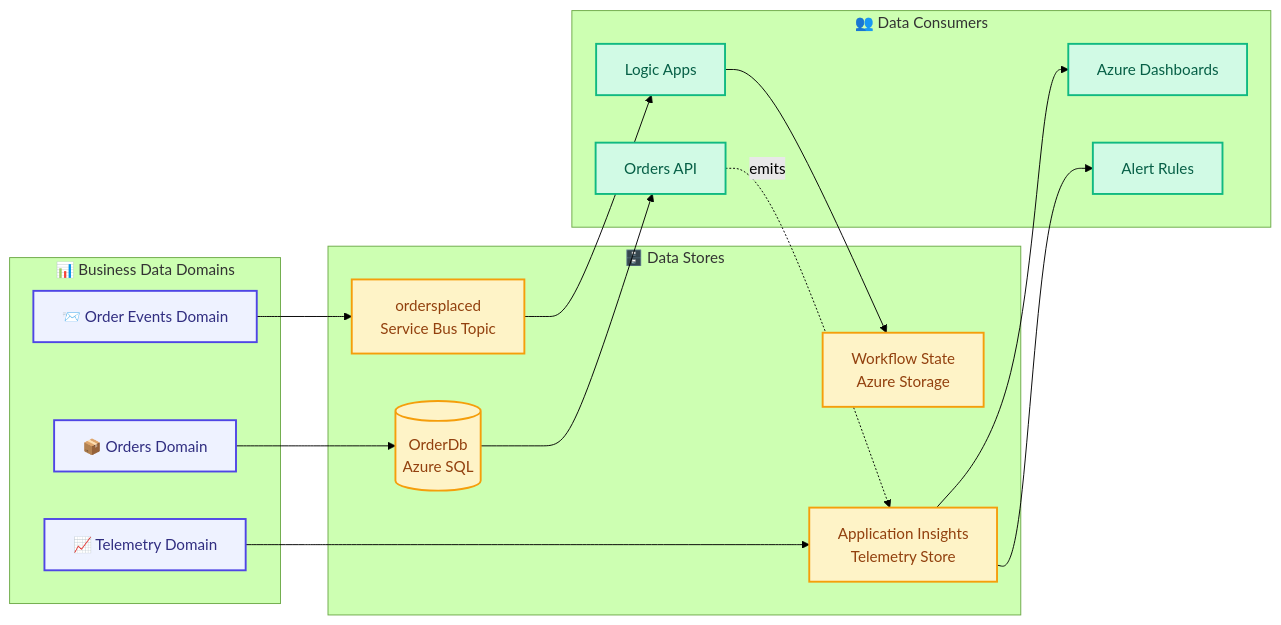
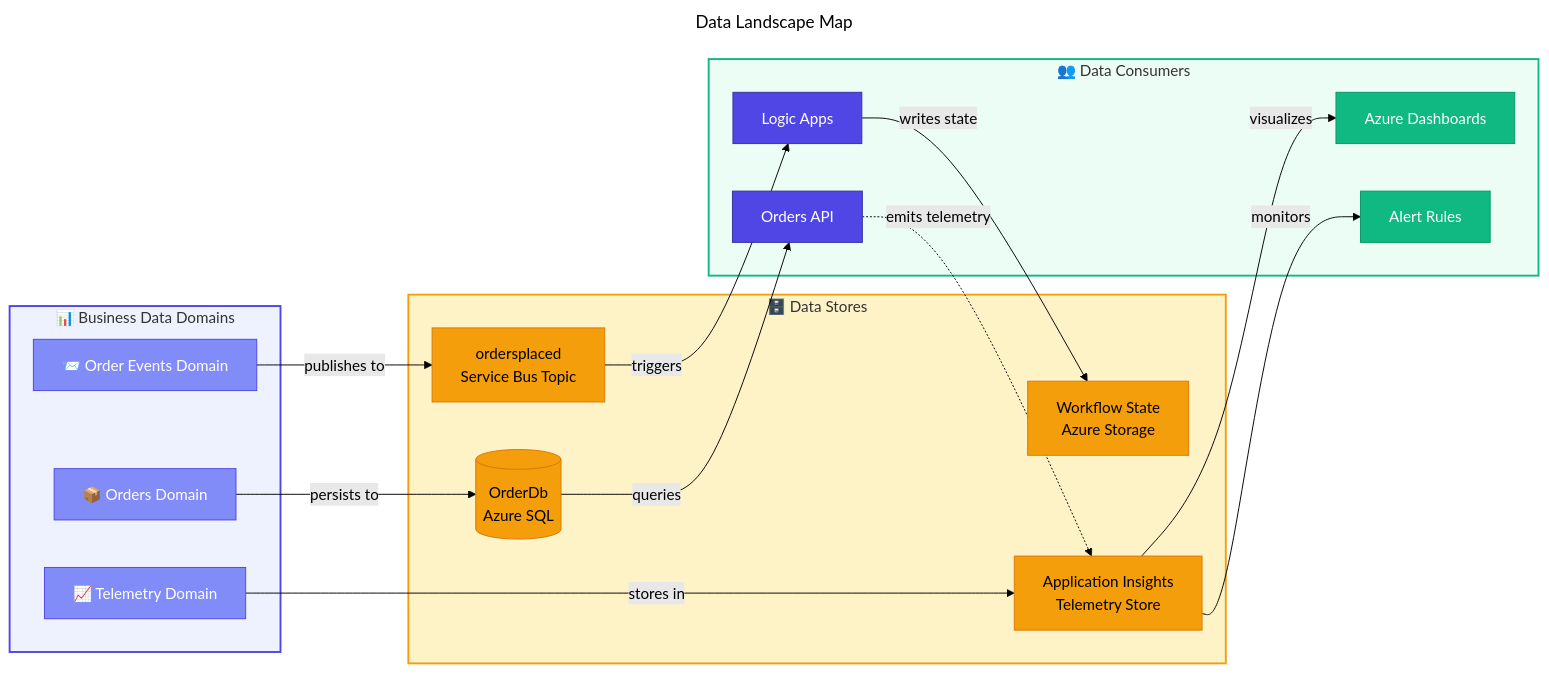
One commit to Evilazaro/Azure-LogicApps-Monitoring changed the first of 9 diagrams in docs/architecture/02-data-architecture.md. Above: the diagram before and after it, drawn with Mermaid (forest theme). The commit also changed other lines of this file, not shown here.

Commit message:
docs: Add titles and enhance styling for mermaid diagrams in data architecture documentation for improved clarity and organization

````diff
--- a/docs/architecture/02-data-architecture.md
+++ b/docs/architecture/02-data-architecture.md
@@ -54,45 +54,60 @@
 ```mermaid
+---
+title: Data Landscape Map
+---
 flowchart LR
-    %% Data Landscape Map - Shows relationship between domains, stores, and consumers
+    %% ===== CLASS DEFINITIONS =====
+    classDef primary fill:#4F46E5,stroke:#3730A3,color:#FFFFFF
+    classDef secondary fill:#10B981,stroke:#059669,color:#FFFFFF
+    classDef datastore fill:#F59E0B,stroke:#D97706,color:#000000
+    classDef external fill:#6B7280,stroke:#4B5563,color:#FFFFFF,stroke-dasharray: 5 5
+    classDef failed fill:#F44336,stroke:#C62828,color:#FFFFFF
+    classDef trigger fill:#818CF8,stroke:#4F46E5,color:#FFFFFF
+    classDef decision fill:#FFFBEB,stroke:#F59E0B,color:#000000
+    classDef input fill:#F3F4F6,stroke:#6B7280,color:#000000
+
+    %% ===== BUSINESS DOMAINS =====
     subgraph BusinessDomains["📊 Business Data Domains"]
         Orders["📦 Orders Domain"]
         Events["📨 Order Events Domain"]
         Telemetry["📈 Telemetry Domain"]
     end
+    style BusinessDomains fill:#EEF2FF,stroke:#4F46E5,stroke-width:2px
 
+    %% ===== DATA STORES =====
     subgraph DataStores["🗄️ Data Stores"]
         OrderDb[("OrderDb<br/>Azure SQL")]
         EventStore["ordersplaced<br/>Service Bus Topic"]
         WorkflowState["Workflow State<br/>Azure Storage"]
         AIStore["Application Insights<br/>Telemetry Store"]
     end
+    style DataStores fill:#FEF3C7,stroke:#F59E0B,stroke-width:2px
 
+    %% ===== CONSUMERS =====
     subgraph Consumers["👥 Data Consumers"]
         API["Orders API"]
         LogicApp["Logic Apps"]
         Analytics["Azure Dashboards"]
         Alerts["Alert Rules"]
     end
+    style Consumers fill:#ECFDF5,stroke:#10B981,stroke-width:2px
 
-    %% Domain to store relationships
-    Orders --> OrderDb
-    Events --> EventStore
-    Telemetry --> AIStore
+    %% ===== DOMAIN TO STORE RELATIONSHIPS =====
+    Orders -->|"persists to"| OrderDb
+    Events -->|"publishes to"| EventStore
+    Telemetry -->|"stores in"| AIStore
 
-    %% Store to consumer relationships
-    OrderDb --> API
-    EventStore --> LogicApp
-    LogicApp --> WorkflowState
-    AIStore --> Analytics
-    AIStore --> Alerts
-    API -.->|"emits"| AIStore
+    %% ===== STORE TO CONSUMER RELATIONSHIPS =====
+    OrderDb -->|"queries"| API
+    EventStore -->|"triggers"| LogicApp
+    LogicApp -->|"writes state"| WorkflowState
+    AIStore -->|"visualizes"| Analytics
+    AIStore -->|"monitors"| Alerts
+    API -.->|"emits telemetry"| AIStore
 
-    %% Modern color palette - WCAG AA compliant
-    classDef domain fill:#EEF2FF,stroke:#4F46E5,stroke-width:2px,color:#312E81
-    classDef store fill:#FEF3C7,stroke:#F59E0B,stroke-width:2px,color:#92400E
-    classDef consumer fill:#D1FAE5,stroke:#10B981,stroke-width:2px,color:#065F46
-
-    class Orders,Events,Telemetry domain
-    class OrderDb,EventStore,WorkflowState,AIStore store
-    class API,LogicApp,Analytics,Alerts consumer
+    %% ===== APPLY CLASSES =====
+    class Orders,Events,Telemetry trigger
+    class OrderDb,EventStore,WorkflowState,AIStore datastore
+    class API,LogicApp primary
+    class Analytics,Alerts secondary
 ```
````
